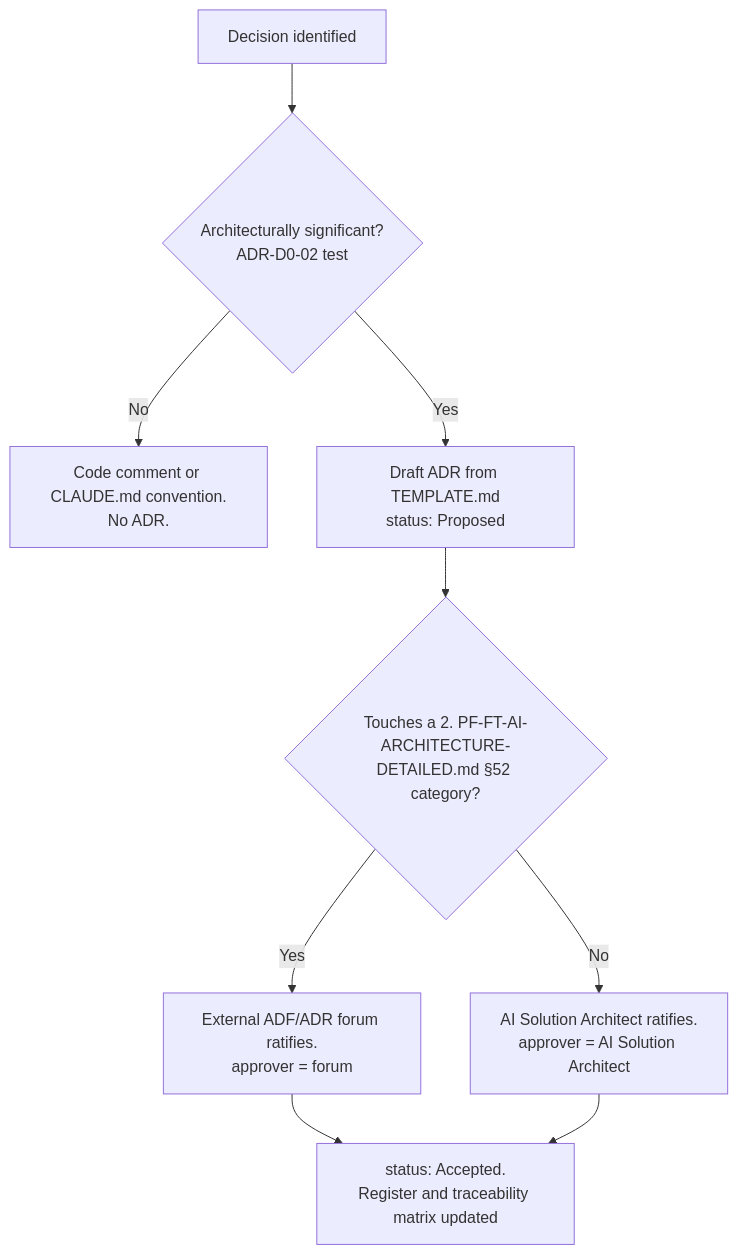
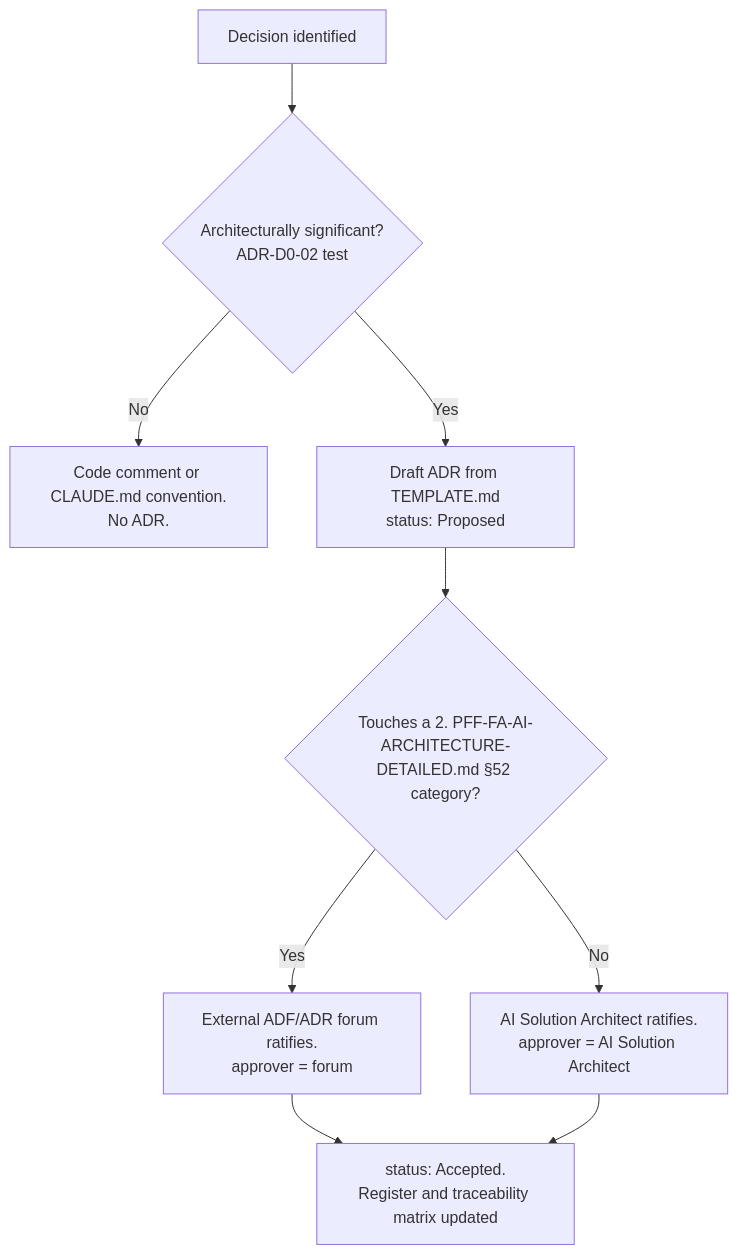
The diagram in docs/architecture/adr/00-decision-programme/ADR-D0-01-adopt-adr-driven-architecture-governance.md (gobimca87/PF-FT), drawn with Mermaid before and after one commit. The commit also changed other lines of this file and 880 other files, not shown here.

````diff
--- a/docs/architecture/adr/00-decision-programme/ADR-D0-01-adopt-adr-driven-architecture-governance.md
+++ b/docs/architecture/adr/00-decision-programme/ADR-D0-01-adopt-adr-driven-architecture-governance.md
@@ -374,11 +374,11 @@
 ```mermaid
 flowchart TD
     A[Decision identified] --> B{Architecturally significant?<br/>ADR-D0-02 test}
     B -- No --> C[Code comment or CLAUDE.md convention.<br/>No ADR.]
     B -- Yes --> D[Draft ADR from TEMPLATE.md<br/>status: Proposed]
-    D --> E{Touches a 2. PF-FT-AI-ARCHITECTURE-DETAILED.md §52 category?}
+    D --> E{Touches a 2. PFF-FA-AI-ARCHITECTURE-DETAILED.md §52 category?}
     E -- Yes --> F[External ADF/ADR forum ratifies.<br/>approver = forum]
     E -- No --> G[AI Solution Architect ratifies.<br/>approver = AI Solution Architect]
     F --> H[status: Accepted.<br/>Register and traceability matrix updated]
     G --> H
 ```
````
